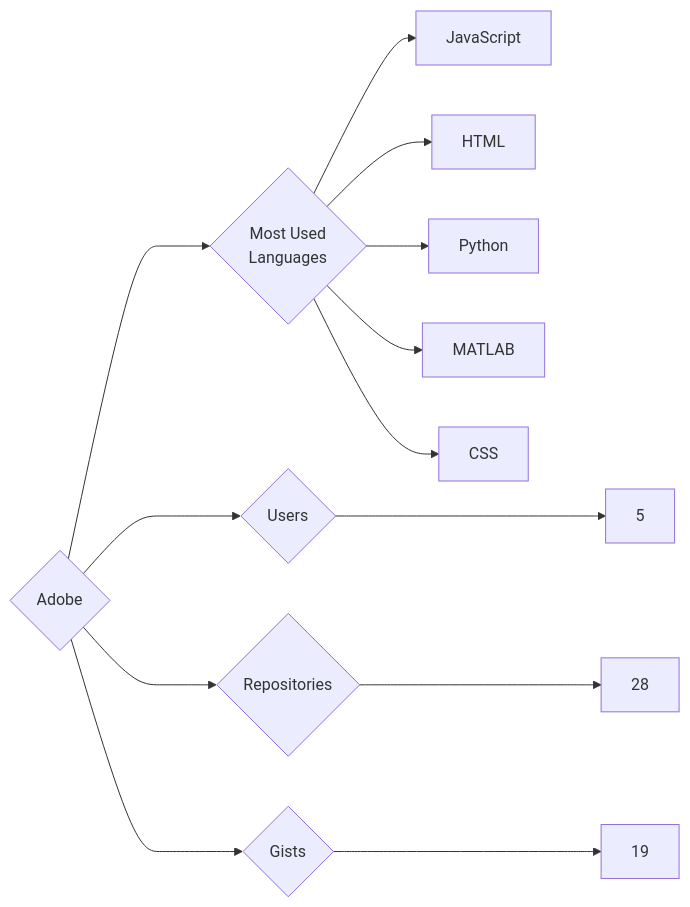
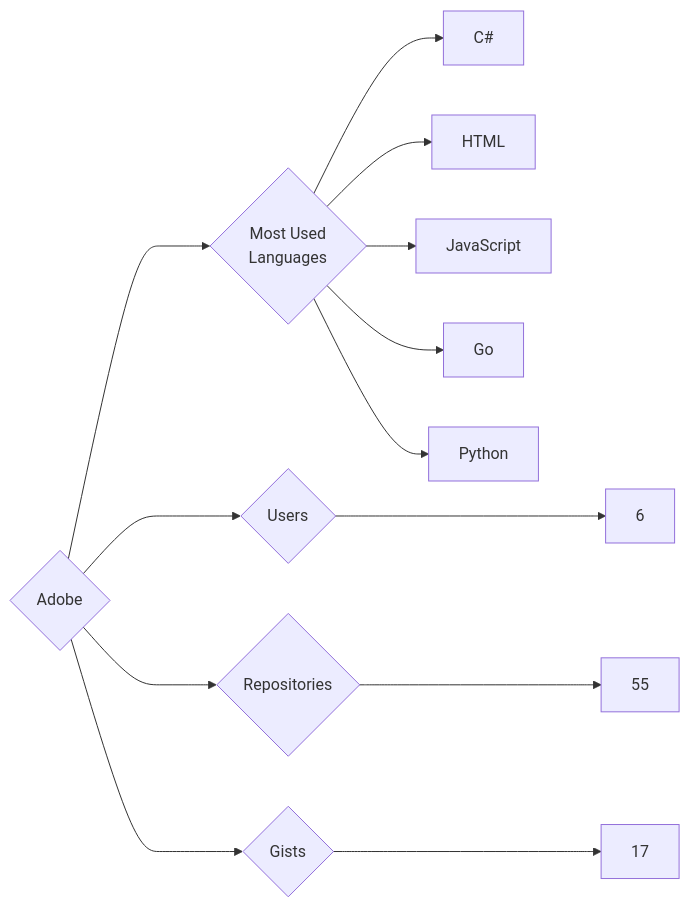
The diagram in targets/Adobe/README.md (trickest/insiders), drawn with Mermaid before and after one commit. The commit also changed 1123 other files, not shown here.

````diff
--- a/targets/Adobe/README.md
+++ b/targets/Adobe/README.md
@@ -3,13 +3,13 @@
 ```mermaid
 graph LR
 COMPANY_NAME{Adobe}
-COMPANY_NAME ---> U{Users} ---> UN[5]
-COMPANY_NAME ---> R{Repositories} ---> RN[28]
-COMPANY_NAME ---> G{Gists} ---> GN[19]
+COMPANY_NAME ---> U{Users} ---> UN[6]
+COMPANY_NAME ---> R{Repositories} ---> RN[55]
+COMPANY_NAME ---> G{Gists} ---> GN[17]
 COMPANY_NAME ---> ML{Most Used<br>Languages}
+ML --> C#[C#]
+ML --> HTML[HTML]
 ML --> JavaScript[JavaScript]
-ML --> HTML[HTML]
+ML --> Go[Go]
 ML --> Python[Python]
-ML --> MATLAB[MATLAB]
-ML --> CSS[CSS]
 ```
````
